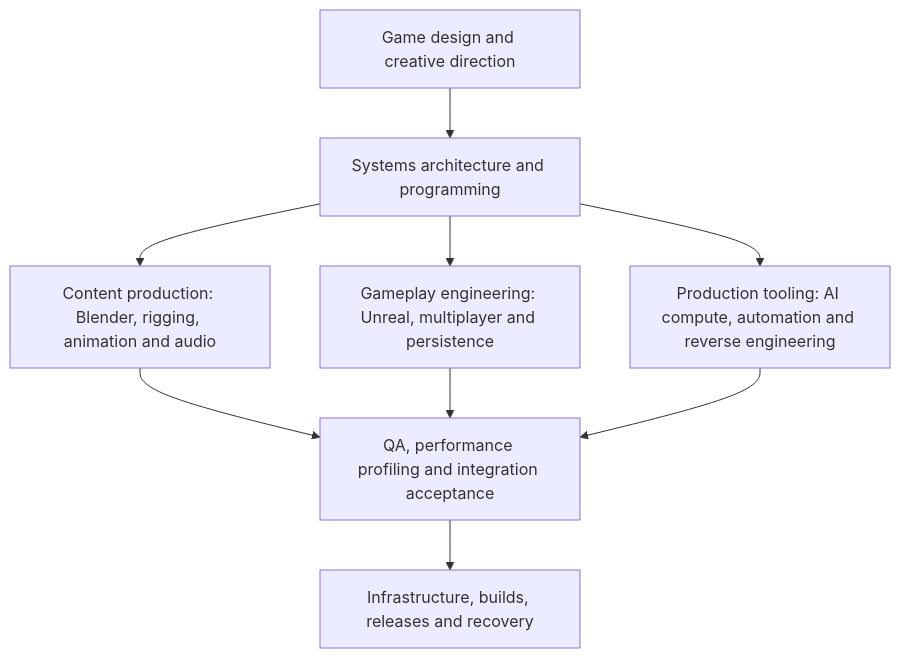
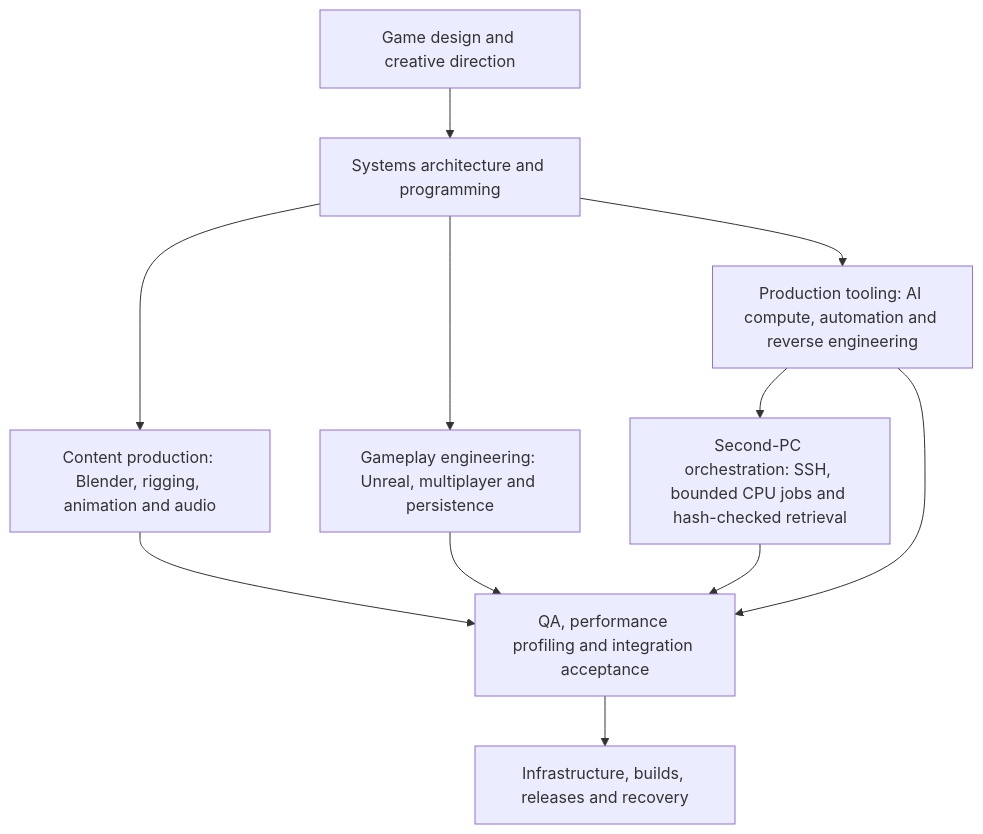
The diagram in docs/diagrams/ash-road-skills-and-experience.md (CA-The-destroyer/G-Ash_Road_ep1), drawn with Mermaid before and after one commit. The commit also changed other lines of this file and 14 other files, not shown here.

Commit message:
docs: credit owner-recruited second PC across notes and diagrams

````diff
--- a/docs/diagrams/ash-road-skills-and-experience.md
+++ b/docs/diagrams/ash-road-skills-and-experience.md
@@ -7,11 +7,13 @@
 ```mermaid
 flowchart TB
     D["Game design and creative direction"] --> A["Systems architecture and programming"]
     A --> ART["Content production: Blender, rigging, animation and audio"]
     A --> GAME["Gameplay engineering: Unreal, multiplayer and persistence"]
     A --> TOOLS["Production tooling: AI compute, automation and reverse engineering"]
     ART --> Q["QA, performance profiling and integration acceptance"]
     GAME --> Q
+    TOOLS --> remoteJobs["Second-PC orchestration: SSH, bounded CPU jobs and hash-checked retrieval"]
+    remoteJobs --> Q
     TOOLS --> Q
     Q --> R["Infrastructure, builds, releases and recovery"]
 ```
````
